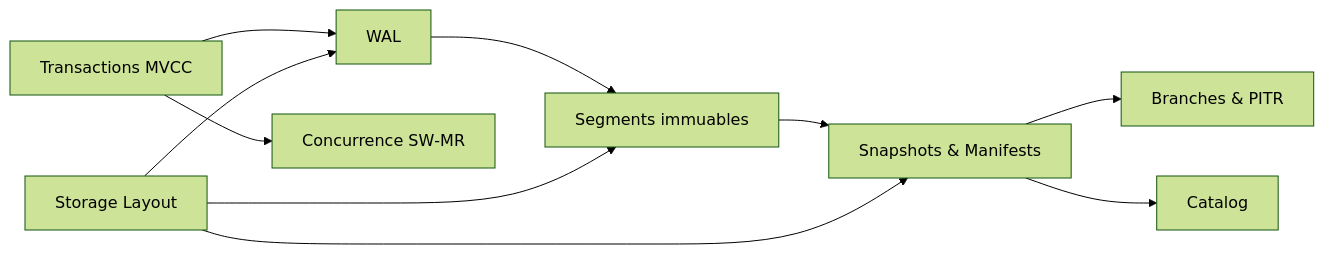
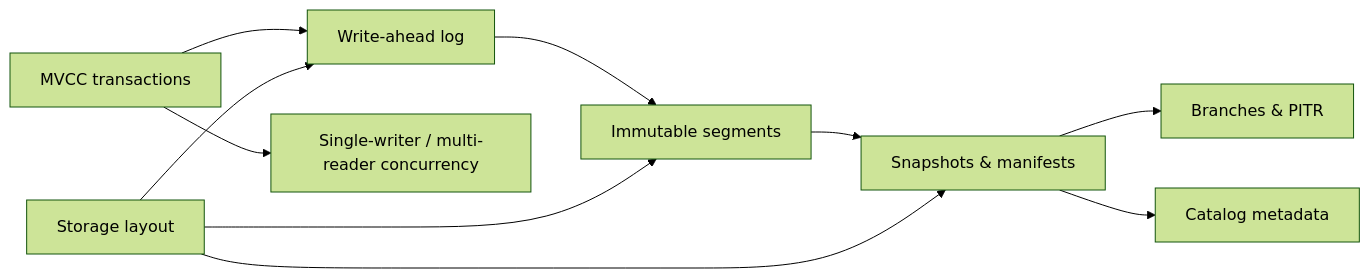
One commit to superWorldSavior/KuzuEventBus changed the diagram in casysdb/src/content/docs/core/index.md. Above: the diagram before and after it, drawn with Mermaid (forest theme). The commit also changed other lines of this file and 17 other files, not shown here.

````diff
--- a/casysdb/src/content/docs/core/index.md
+++ b/casysdb/src/content/docs/core/index.md
@@ -13,12 +13,12 @@
 ```mermaid
 graph LR
-  A[Transactions MVCC] --> B[WAL]
-  B --> C[Segments immuables]
-  C --> D[Snapshots & Manifests]
+  A[MVCC transactions] --> B[Write-ahead log]
+  B --> C[Immutable segments]
+  C --> D[Snapshots & manifests]
   D --> E[Branches & PITR]
-  D --> F[Catalog]
-  A --> G[Concurrence SW‑MR]
-  H[Storage Layout] --> B
+  D --> F[Catalog metadata]
+  A --> G[Single-writer / multi-reader concurrency]
+  H[Storage layout] --> B
   H --> C
   H --> D
 ```
````
